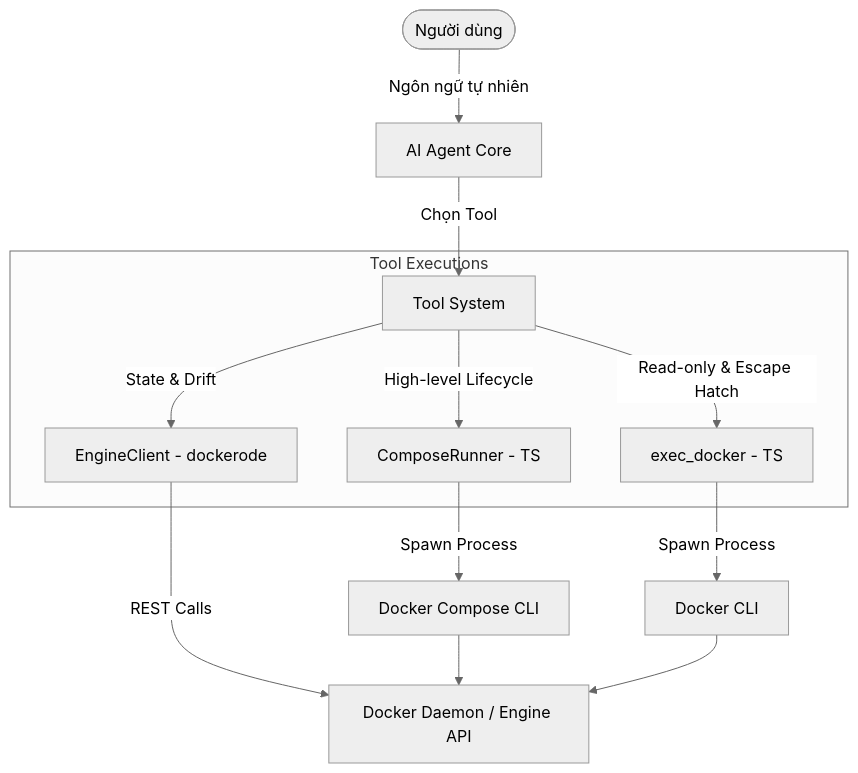
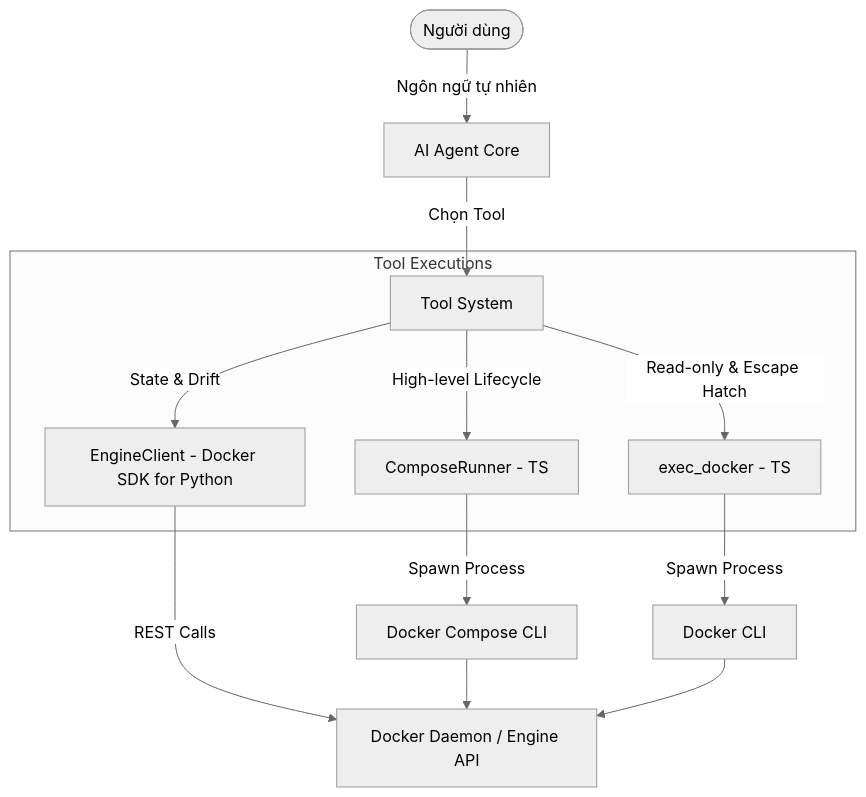
One commit to NeoCyber05/Docker-Agent-CLI changed the first of 2 diagrams in docs/DOCKER_API_MAPPING.md. Above: the diagram before and after it, drawn with Mermaid (neutral theme). The commit also changed other lines of this file and 509 other files, not shown here.

````diff
--- a/docs/DOCKER_API_MAPPING.md
+++ b/docs/DOCKER_API_MAPPING.md
@@ -14,18 +14,18 @@
 ```mermaid
 graph TD
     User([Người dùng]) -->|Ngôn ngữ tự nhiên| Agent[AI Agent Core]
     Agent -->|Chọn Tool| Tools[Tool System]
     
     subgraph Tool Executions
         Tools -->|High-level Lifecycle| ComposeRunner[ComposeRunner - TS]
         Tools -->|Read-only & Escape Hatch| ExecDocker[exec_docker - TS]
-        Tools -->|State & Drift| EngineClient[EngineClient - dockerode]
+        Tools -->|State & Drift| EngineClient[EngineClient - Docker SDK for Python]
     end
     
     ComposeRunner -->|Spawn Process| DockerComposeCLI[Docker Compose CLI]
     ExecDocker -->|Spawn Process| DockerCLI[Docker CLI]
     EngineClient -->|REST Calls| DockerDaemon[Docker Daemon / Engine API]
     
     DockerComposeCLI --> DockerDaemon
     DockerCLI --> DockerDaemon
 ```
````
